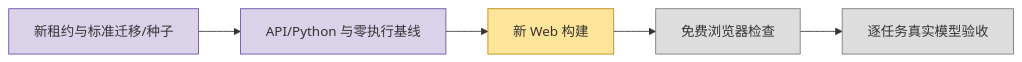
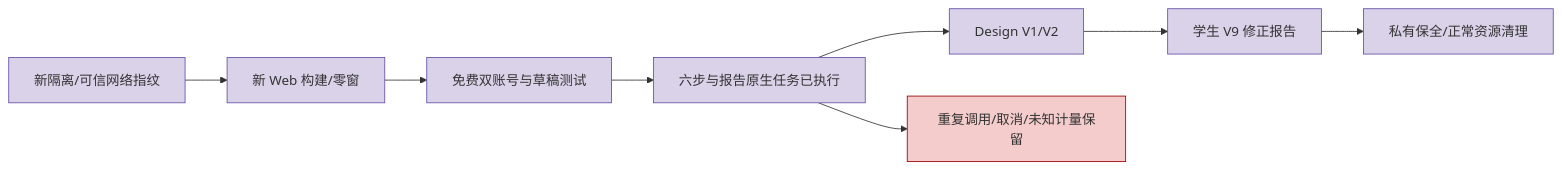
Before and after one commit to boardx/workspacex: the diagram in docs/evidence/aidt-native/completion-20261117/a1/README.md, drawn with Mermaid. The commit also changed other lines of this file and 220 other files, not shown here.

````diff
--- a/docs/evidence/aidt-native/completion-20261117/a1/README.md
+++ b/docs/evidence/aidt-native/completion-20261117/a1/README.md
@@ -5,7 +5,7 @@
 ```mermaid
 flowchart LR
- A[新租约与标准迁移/种子]:::tested --> B[API/Python 与零执行基线]:::tested --> C[新 Web 构建]:::active --> D[免费浏览器检查]:::todo --> E[逐任务真实模型验收]:::todo
- classDef todo fill:#ddd,stroke:#777
- classDef active fill:#ffe599,stroke:#b8860b
+ A[新隔离/可信网络指纹]:::tested --> B[新 Web 构建/零窗]:::tested --> C[免费双账号与草稿测试]:::tested --> D[六步与报告原生任务已执行]:::tested --> E[Design V1/V2]:::tested --> F[学生 V9 修正报告]:::tested --> G[私有保全/正常资源清理]:::tested
+ D --> R[重复调用/取消/未知计量保留]:::issue
  classDef tested fill:#d9d2e9,stroke:#674ea7
+ classDef issue fill:#f4cccc,stroke:#990000
 ```
````
